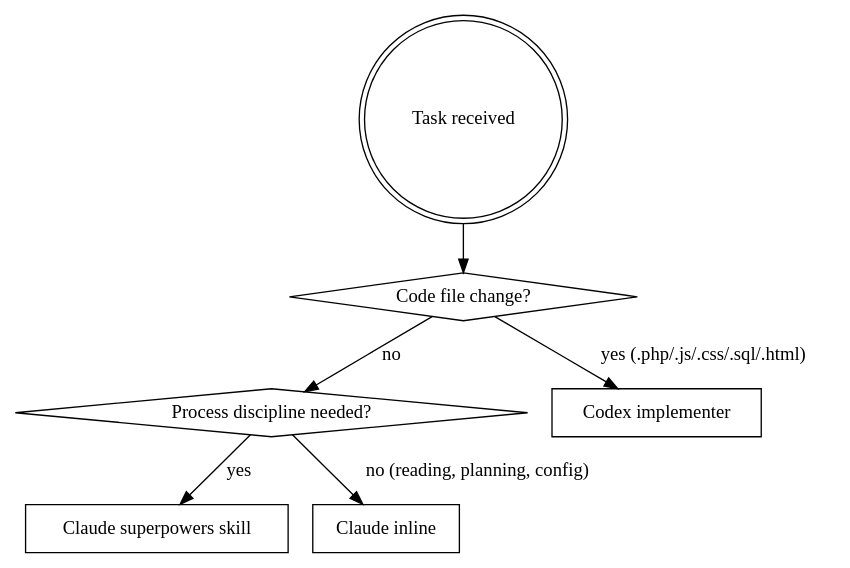
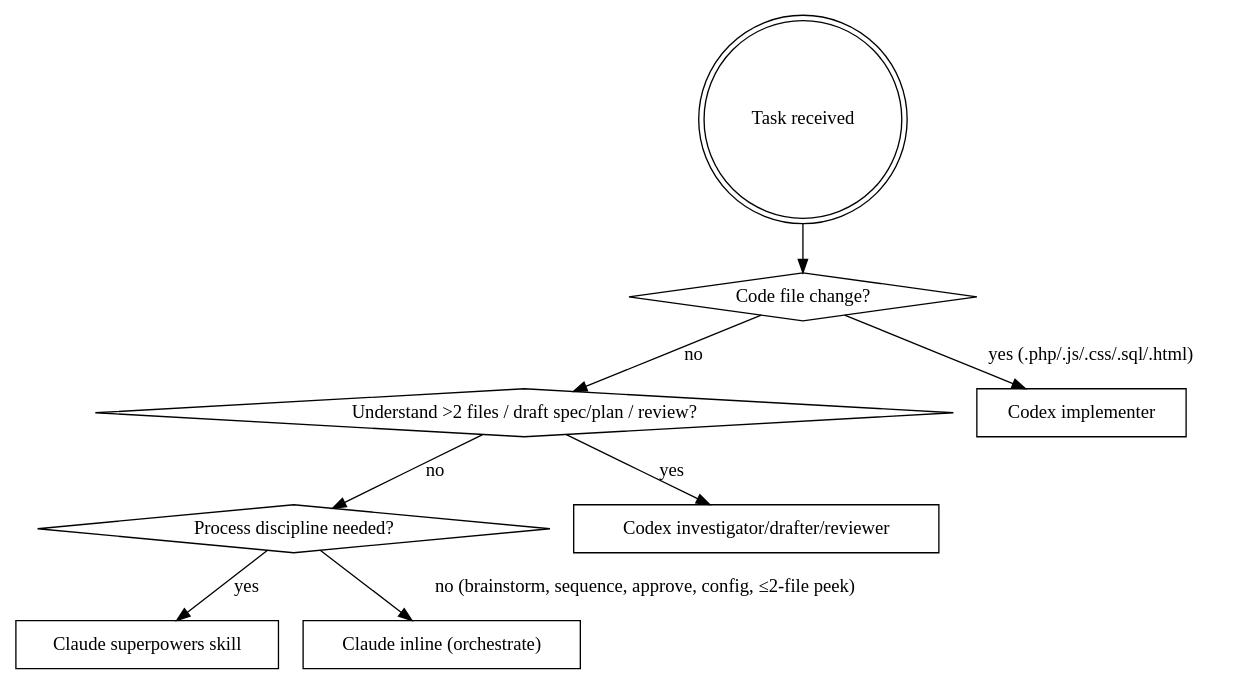
Before and after one commit to rachidb13/claude-codex-delegation: the diagram in skills/hybrid-claude-codex-delegation/SKILL.md, drawn with Graphviz. The commit also changed other lines of this file and 7 other files, not shown here.

First line of the commit message:
feat: add self-installing claude-codex-delegation skill + rebalance hybrid skill

````diff
--- a/skills/hybrid-claude-codex-delegation/SKILL.md
+++ b/skills/hybrid-claude-codex-delegation/SKILL.md
@@ -23,16 +27,20 @@
 ```dot
 digraph work_division {
     "Task received" [shape=doublecircle];
     "Code file change?" [shape=diamond];
+    "Understand >2 files / draft spec/plan / review?" [shape=diamond];
     "Process discipline needed?" [shape=diamond];
     "Claude superpowers skill" [shape=box];
     "Codex implementer" [shape=box];
-    "Claude inline" [shape=box];
+    "Codex investigator/drafter/reviewer" [shape=box];
+    "Claude inline (orchestrate)" [shape=box];
 
     "Task received" -> "Code file change?";
     "Code file change?" -> "Codex implementer" [label="yes (.php/.js/.css/.sql/.html)"];
-    "Code file change?" -> "Process discipline needed?" [label="no"];
+    "Code file change?" -> "Understand >2 files / draft spec/plan / review?" [label="no"];
+    "Understand >2 files / draft spec/plan / review?" -> "Codex investigator/drafter/reviewer" [label="yes"];
+    "Understand >2 files / draft spec/plan / review?" -> "Process discipline needed?" [label="no"];
     "Process discipline needed?" -> "Claude superpowers skill" [label="yes"];
-    "Process discipline needed?" -> "Claude inline" [label="no (reading, planning, config)"];
+    "Process discipline needed?" -> "Claude inline (orchestrate)" [label="no (brainstorm, sequence, approve, config, ≤2-file peek)"];
 }
 ```
````
